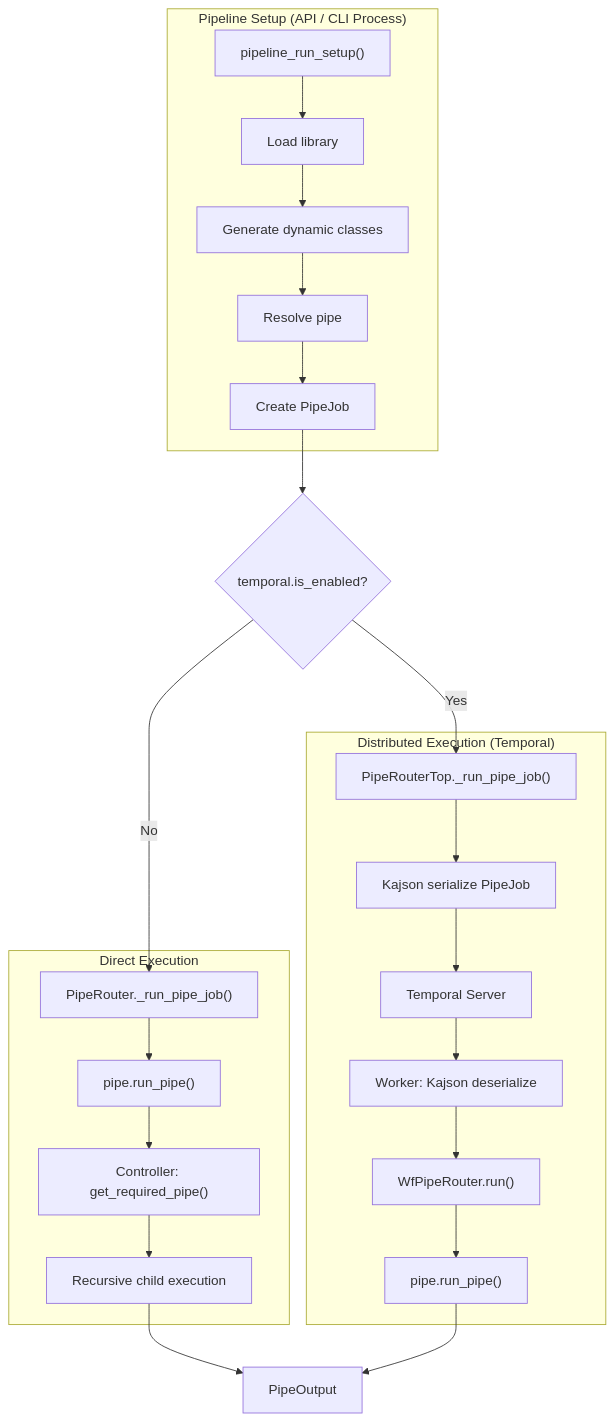
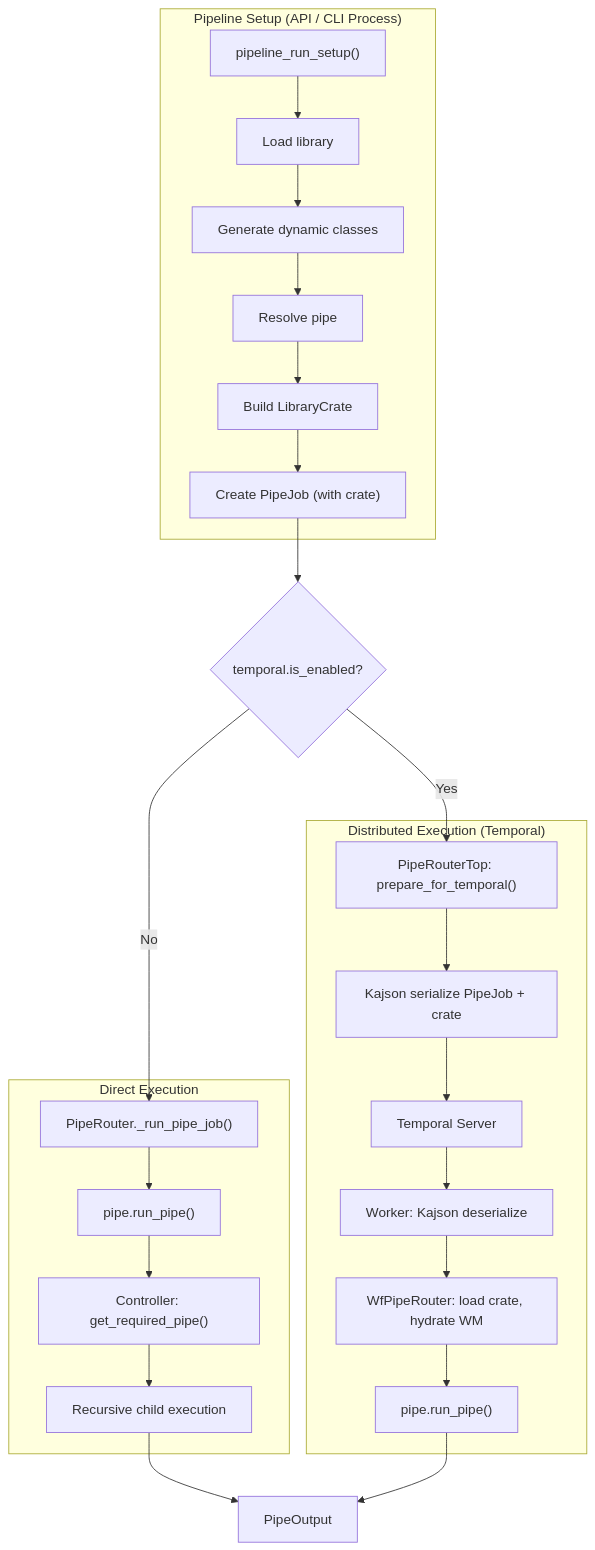
Before and after one commit to Pipelex/pipelex: the diagram in docs/under-the-hood/pipe-routing-and-execution.md, drawn with Mermaid. The commit also changed other lines of this file and 4 other files, not shown here.

````diff
--- a/docs/under-the-hood/pipe-routing-and-execution.md
+++ b/docs/under-the-hood/pipe-routing-and-execution.md
@@ -257,39 +280,40 @@
 ```mermaid
 flowchart TB
     subgraph Setup["Pipeline Setup (API / CLI Process)"]
         S1["pipeline_run_setup()"]
         S2["Load library"]
         S3["Generate dynamic classes"]
         S4["Resolve pipe"]
-        S5["Create PipeJob"]
-        S1 --> S2 --> S3 --> S4 --> S5
+        S5["Build LibraryCrate"]
+        S6["Create PipeJob (with crate)"]
+        S1 --> S2 --> S3 --> S4 --> S5 --> S6
     end
 
-    S5 --> Decision{temporal.is_enabled?}
+    S6 --> Decision{temporal.is_enabled?}
 
     subgraph Direct["Direct Execution"]
         D1["PipeRouter._run_pipe_job()"]
         D2["pipe.run_pipe()"]
         D3["Controller: get_required_pipe()"]
         D4["Recursive child execution"]
         D1 --> D2
         D2 --> D3
         D3 --> D4
     end
 
     subgraph Distributed["Distributed Execution (Temporal)"]
-        T1["PipeRouterTop._run_pipe_job()"]
-        T2["Kajson serialize PipeJob"]
+        T1["PipeRouterTop: prepare_for_temporal()"]
+        T2["Kajson serialize PipeJob + crate"]
         T3["Temporal Server"]
         T4["Worker: Kajson deserialize"]
-        T5["WfPipeRouter.run()"]
+        T5["WfPipeRouter: load crate, hydrate WM"]
         T6["pipe.run_pipe()"]
         T1 --> T2 --> T3 --> T4 --> T5 --> T6
     end
 
     Decision -- No --> D1
     Decision -- Yes --> T1
 
     D4 --> Result["PipeOutput"]
     T6 --> Result
 ```
````
